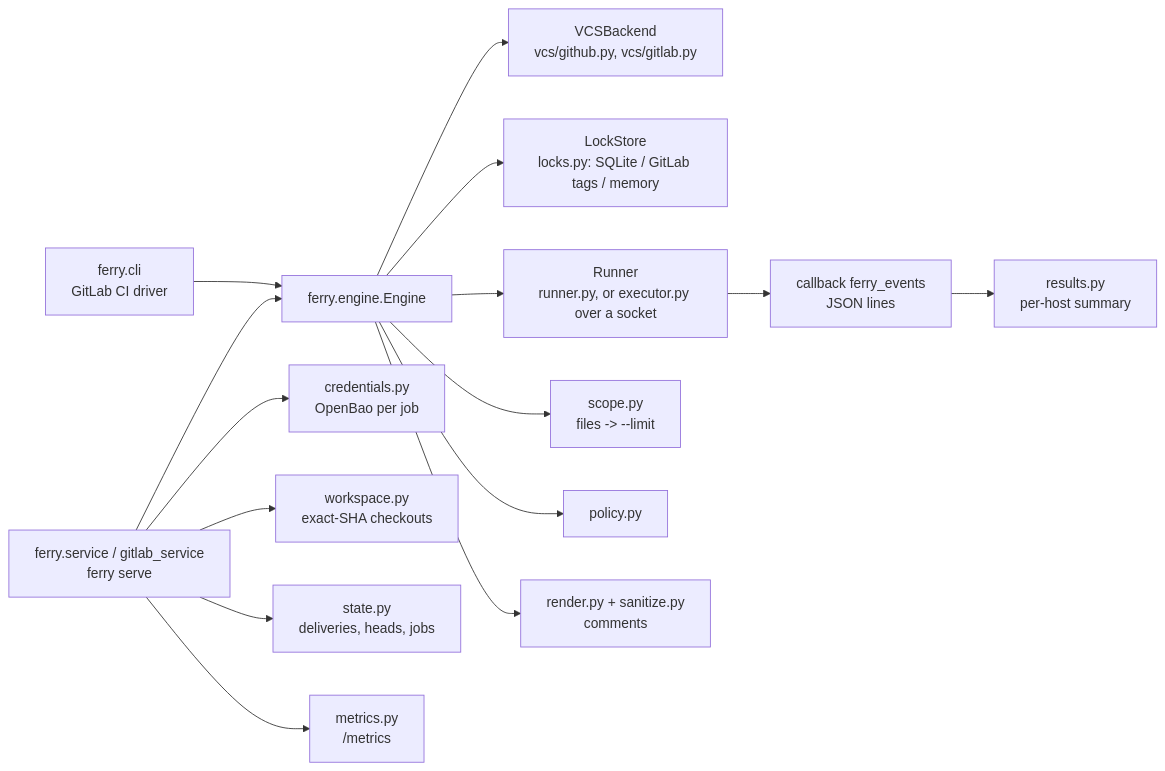
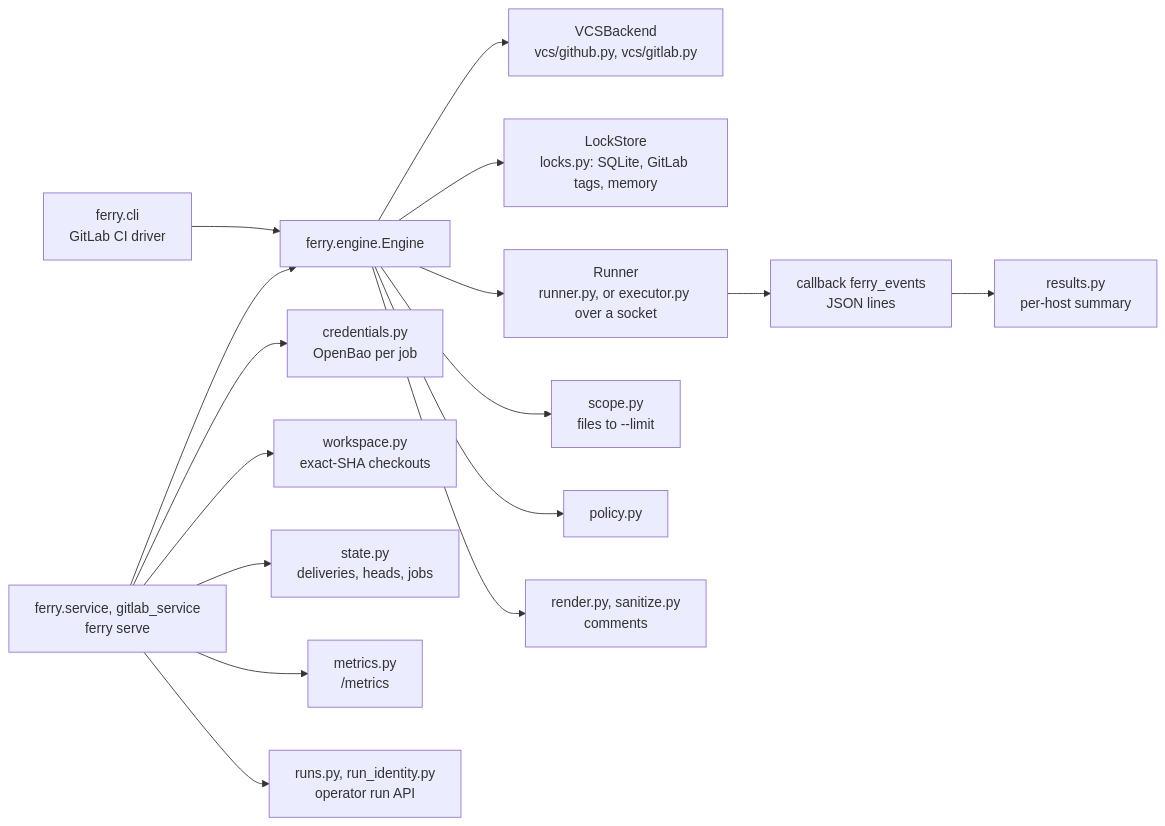
Before and after one commit to jfryman/ferry: the diagram in lode/summary.md, drawn with Mermaid. The commit also changed other lines of this file and 16 other files, not shown here.

First line of the commit message:
Docs: short README, docs/ by topic, AGENTS.md, working diagrams

````diff
--- a/lode/summary.md
+++ b/lode/summary.md
@@ -30,17 +30,18 @@
 ```mermaid
 flowchart LR
-  CLI[ferry.cli\nGitLab CI driver] --> E[ferry.engine.Engine]
-  SVC[ferry.service / gitlab_service\nferry serve] --> E
-  SVC --> CR[credentials.py\nOpenBao per job]
-  SVC --> WS[workspace.py\nexact-SHA checkouts]
-  SVC --> ST[state.py\ndeliveries, heads, jobs]
-  SVC --> M[metrics.py\n/metrics]
-  E --> VCS[VCSBackend\nvcs/github.py, vcs/gitlab.py]
-  E --> L[LockStore\nlocks.py: SQLite / GitLab tags / memory]
-  E --> R[Runner\nrunner.py, or executor.py over a socket]
-  R --> CB[callback ferry_events\nJSON lines]
-  CB --> RES[results.py\nper-host summary]
-  E --> SC[scope.py\nfiles -> --limit]
-  E --> P[policy.py]
-  E --> RE[render.py + sanitize.py\ncomments]
+    CLI["ferry.cli<br/>GitLab CI driver"] --> E["ferry.engine.Engine"]
+    SVC["ferry.service, gitlab_service<br/>ferry serve"] --> E
+    SVC --> CR["credentials.py<br/>OpenBao per job"]
+    SVC --> WS["workspace.py<br/>exact-SHA checkouts"]
+    SVC --> ST["state.py<br/>deliveries, heads, jobs"]
+    SVC --> M["metrics.py<br/>/metrics"]
+    SVC --> RN["runs.py, run_identity.py<br/>operator run API"]
+    E --> VCS["VCSBackend<br/>vcs/github.py, vcs/gitlab.py"]
+    E --> L["LockStore<br/>locks.py: SQLite, GitLab tags, memory"]
+    E --> R["Runner<br/>runner.py, or executor.py over a socket"]
+    R --> CB["callback ferry_events<br/>JSON lines"]
+    CB --> RES["results.py<br/>per-host summary"]
+    E --> SC["scope.py<br/>files to --limit"]
+    E --> P["policy.py"]
+    E --> RE["render.py, sanitize.py<br/>comments"]
 ```
````
